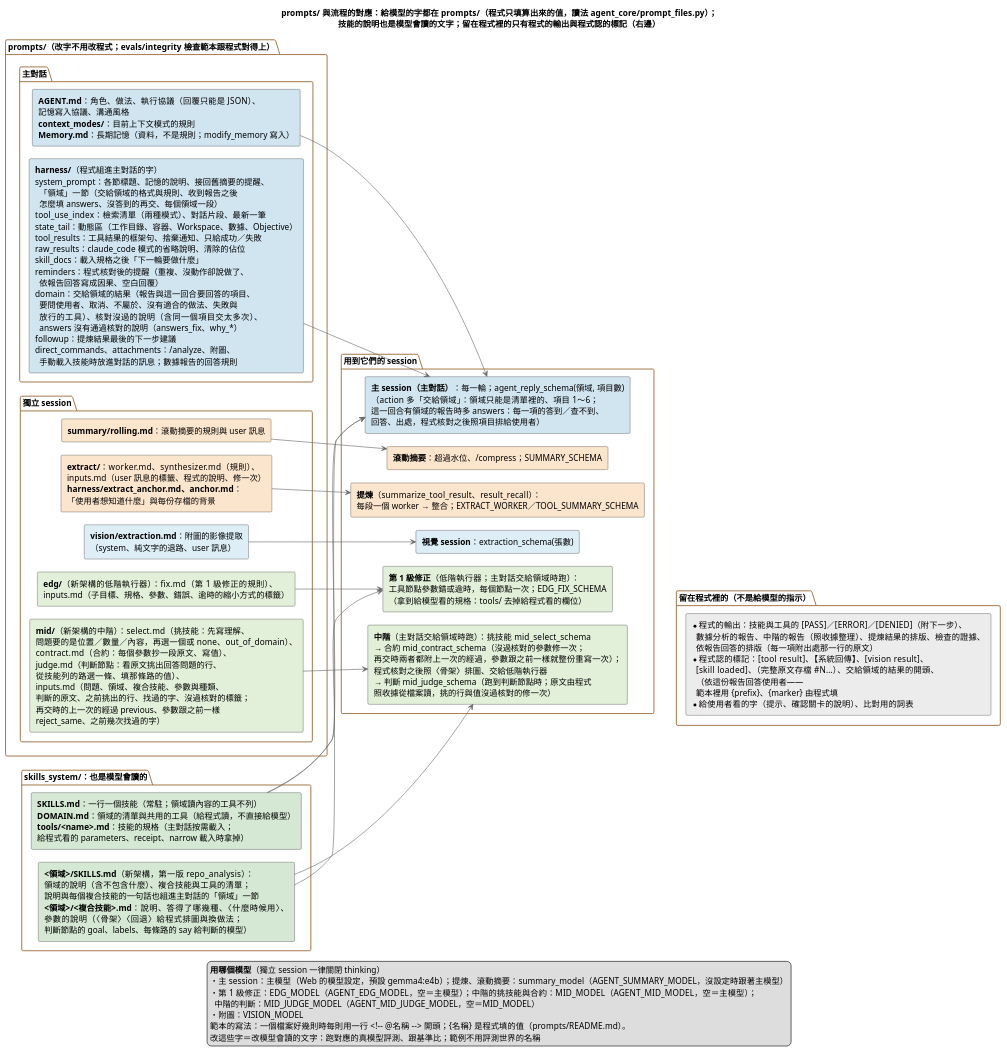
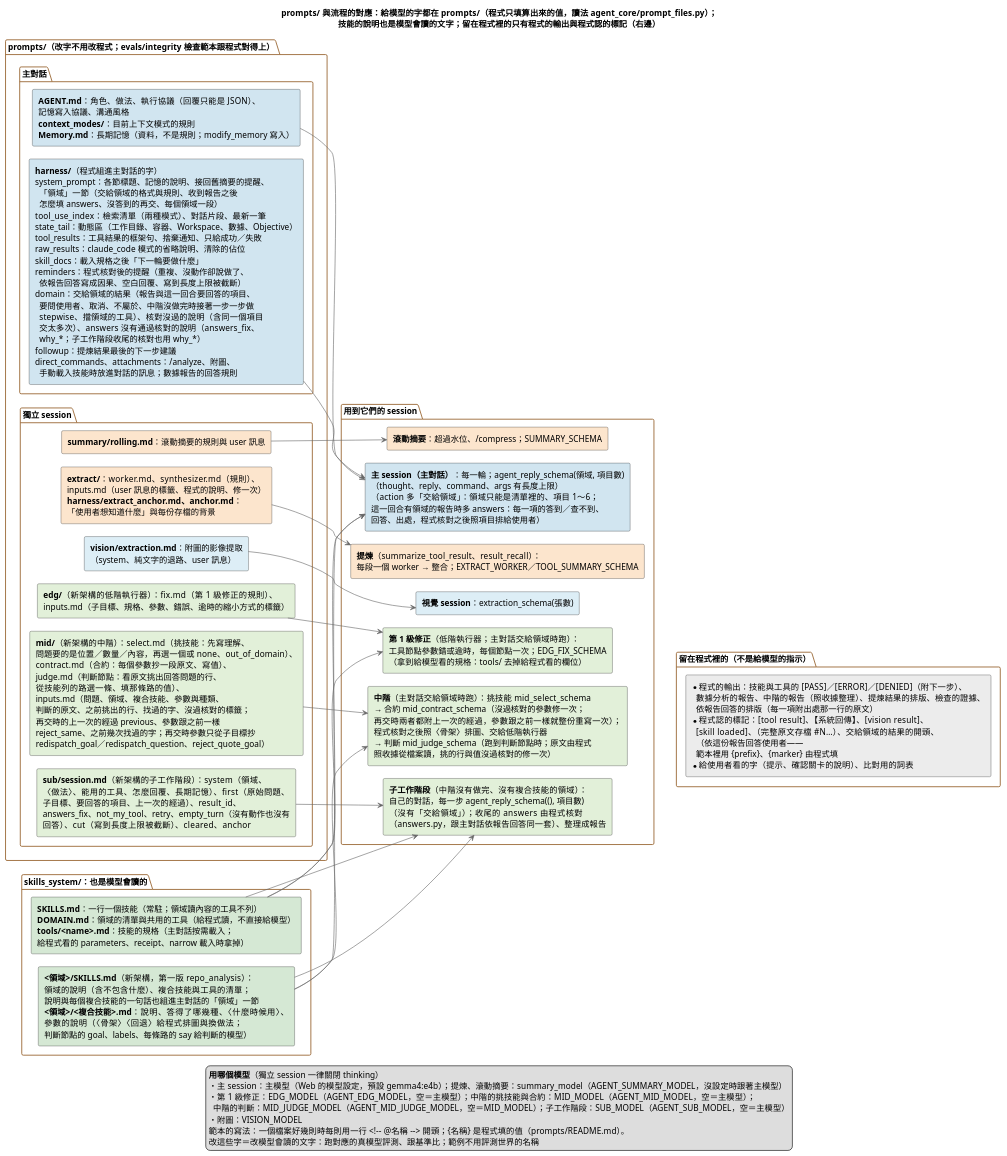
Before and after one commit to DavidZox/Coding_agnet: the diagram in doc/diagrams/prompts與流程的對應.puml, drawn with PlantUML. The commit also changed 23 other files, not shown here.

```diff
--- a/doc/diagrams/prompts與流程的對應.puml
+++ b/doc/diagrams/prompts與流程的對應.puml
@@ -1,159 +1,178 @@
 @startuml
 ' --- 樣式精準控制 ---
 skinparam shadowing false
 skinparam defaultFontName "Microsoft JhengHei"
 skinparam RectangleWidthMax 440
 skinparam PackageBorderColor #996633
 skinparam ArrowColor #666666
 skinparam ranksep 70
 skinparam nodesep 22
 left to right direction
 
 title prompts/ 與流程的對應：給模型的字都在 prompts/（程式只填算出來的值，讀法 agent_core/prompt_files.py）；\n技能的說明也是模型會讀的文字；留在程式裡的只有程式的輸出與程式認的標記（右邊）
 
 package "prompts/（改字不用改程式；evals/integrity 檢查範本跟程式對得上）" {
   package "主對話" {
     rectangle P_AGENT #D1E5F0 [
       **AGENT.md**：角色、做法、執行協議（回覆只能是 JSON）、
       記憶寫入協議、溝通風格
       **context_modes/**：目前上下文模式的規則
       **Memory.md**：長期記憶（資料，不是規則；modify_memory 寫入）
     ]
     rectangle P_HARNESS #D1E5F0 [
       **harness/**（程式組進主對話的字）
       system_prompt：各節標題、記憶的說明、接回舊摘要的提醒、
         「領域」一節（交給領域的格式與規則、收到報告之後
         怎麼填 answers、沒答到的再交、每個領域一段）
       tool_use_index：檢索清單（兩種模式）、對話片段、最新一筆
       state_tail：動態區（工作目錄、容器、Workspace、數據、Objective）
       tool_results：工具結果的框架句、捨棄通知、只給成功／失敗
       raw_results：claude_code 模式的省略說明、清除的佔位
       skill_docs：載入規格之後「下一輪要做什麼」
       reminders：程式核對後的提醒（重複、沒動作卻說做了、
-        依報告回答寫成因果、空白回覆）
+        依報告回答寫成因果、空白回覆、寫到長度上限被截斷）
       domain：交給領域的結果（報告與這一回合要回答的項目、
-        要問使用者、取消、不屬於、沒有適合的做法、失敗與
-        放行的工具）、核對沒過的說明（含同一個項目交太多次）、
-        answers 沒有通過核對的說明（answers_fix、why_*）
+        要問使用者、取消、不屬於、中階沒做完時接著一步一步做
+        stepwise、擋領域的工具）、核對沒過的說明（含同一個項目
+        交太多次）、answers 沒有通過核對的說明（answers_fix、
+        why_*；子工作階段收尾的核對也用 why_*）
       followup：提煉結果最後的下一步建議
       direct_commands、attachments：/analyze、附圖、
         手動載入技能時放進對話的訊息；數據報告的回答規則
     ]
   }
   package "獨立 session" {
     rectangle P_SUMMARY #FCE5CD [
       **summary/rolling.md**：滾動摘要的規則與 user 訊息
     ]
     rectangle P_EXTRACT #FCE5CD [
       **extract/**：worker.md、synthesizer.md（規則）、
       inputs.md（user 訊息的標籤、程式的說明、修一次）
       **harness/extract_anchor.md、anchor.md**：
       「使用者想知道什麼」與每份存檔的背景
     ]
     rectangle P_VISION #DDEEF6 [
       **vision/extraction.md**：附圖的影像提取
       （system、純文字的退路、user 訊息）
     ]
     rectangle P_EDG #E2F0D9 [
       **edg/**（新架構的低階執行器）：fix.md（第 1 級修正的規則）、
       inputs.md（子目標、規格、參數、錯誤、逾時的縮小方式的標籤）
     ]
     rectangle P_MID #E2F0D9 [
       **mid/**（新架構的中階）：select.md（挑技能：先寫理解、
       問題要的是位置／數量／內容，再選一個或 none、out_of_domain）、
       contract.md（合約：每個參數抄一段原文、寫值）、
       judge.md（判斷節點：看原文挑出回答問題的行、
       從技能列的路選一條、填那條路的值）、
       inputs.md（問題、領域、複合技能、參數與種類、
       判斷的原文、之前挑出的行、找過的字、沒過核對的標籤；
       再交時的上一次的經過 previous、參數跟之前一樣
-      reject_same、之前幾次找過的字）
+      reject_same、之前幾次找過的字；再交時參數只從子目標抄
+      redispatch_goal／redispatch_question、reject_quote_goal）
+    ]
+    rectangle P_SUB #E2F0D9 [
+      **sub/session.md**（新架構的子工作階段）：system（領域、
+      〈做法〉、能用的工具、怎麼回覆、長期記憶）、first（原始問題、
+      子目標、要回答的項目、上一次的經過）、result_id、
+      answers_fix、not_my_tool、retry、empty_turn（沒有動作也沒有
+      回答）、cut（寫到長度上限被截斷）、cleared、anchor
     ]
   }
 }
 
 package "skills_system/：也是模型會讀的" {
   rectangle K_ALL #D5E8D4 [
     **SKILLS.md**：一行一個技能（常駐；領域讀內容的工具不列）
     **DOMAIN.md**：領域的清單與共用的工具（給程式讀，不直接給模型）
     **tools/<name>.md**：技能的規格（主對話按需載入；
     給程式看的 parameters、receipt、narrow 載入時拿掉）
   ]
   rectangle K_DOMAIN #D5E8D4 [
     **<領域>/SKILLS.md**（新架構，第一版 repo_analysis）：
     領域的說明（含不包含什麼）、複合技能與工具的清單；
     說明與每個複合技能的一句話也組進主對話的「領域」一節
     **<領域>/<複合技能>.md**：說明、答得了哪幾種、〈什麼時候用〉、
     參數的說明（〈骨架〉〈回退〉給程式排圖與換做法；
     判斷節點的 goal、labels、每條路的 say 給判斷的模型）
   ]
 }
 
 package "用到它們的 session" {
   rectangle S_MAIN #D1E5F0 [
     **主 session（主對話）**：每一輪；agent_reply_schema(領域, 項目數)
+    （thought、reply、command、args 有長度上限）
     （action 多「交給領域」：領域只能是清單裡的、項目 1～6；
     這一回合有領域的報告時多 answers：每一項的答到／查不到、
     回答、出處，程式核對之後照項目排給使用者）
+  ]
+  rectangle S_SUB #E2F0D9 [
+    **子工作階段**（中階沒有做完、沒有複合技能的領域）：
+    自己的對話，每一步 agent_reply_schema((), 項目數)
+    （沒有「交給領域」）；收尾的 answers 由程式核對
+    （answers.py，跟主對話依報告回答同一套）、整理成報告
   ]
   rectangle S_SUMMARY #FCE5CD [
     **滾動摘要**：超過水位、/compress；SUMMARY_SCHEMA
   ]
   rectangle S_EXTRACT #FCE5CD [
     **提煉**（summarize_tool_result、result_recall）：
     每段一個 worker → 整合；EXTRACT_WORKER／TOOL_SUMMARY_SCHEMA
   ]
   rectangle S_VISION #DDEEF6 [
     **視覺 session**：extraction_schema(張數)
   ]
   rectangle S_EDG #E2F0D9 [
     **第 1 級修正**（低階執行器；主對話交給領域時跑）：
     工具節點參數錯或逾時，每個節點一次；EDG_FIX_SCHEMA
     （拿到給模型看的規格：tools/ 去掉給程式看的欄位）
   ]
   rectangle S_MID #E2F0D9 [
     **中階**（主對話交給領域時跑）：挑技能 mid_select_schema
     → 合約 mid_contract_schema（沒過核對的參數修一次；
     再交時兩者都附上一次的經過，參數跟之前一樣就整份重寫一次）；
     程式核對之後照〈骨架〉排圖、交給低階執行器
     → 判斷 mid_judge_schema（跑到判斷節點時；原文由程式
     照收據從檔案讀，挑的行與值沒過核對的修一次）
   ]
 }
 
 package "留在程式裡的（不是給模型的指示）" {
   rectangle C_LIST #ECECEC [
     * 程式的輸出：技能與工具的 [PASS]／[ERROR]／[DENIED]（附下一步）、
       數據分析的報告、中階的報告（照收據整理）、提煉結果的排版、檢查的證據、
       依報告回答的排版（每一項附出處那一行的原文）
     * 程式認的標記：[tool result]、【系統回傳】、[vision result]、
       [skill loaded]、（完整原文存檔 #N…）、交給領域的結果的開頭、
       （依這份報告回答使用者——
       範本裡用 {prefix}、{marker} 由程式填
     * 給使用者看的字（提示、確認關卡的說明）、比對用的詞表
   ]
 }
 
 P_AGENT --> S_MAIN
 P_HARNESS --> S_MAIN
 K_ALL --> S_MAIN
 P_SUMMARY --> S_SUMMARY
 P_EXTRACT --> S_EXTRACT
 P_VISION --> S_VISION
 P_EDG --> S_EDG
 K_ALL --> S_EDG
 P_MID --> S_MID
+P_SUB --> S_SUB
+K_DOMAIN --> S_SUB
+K_ALL --> S_SUB
 K_DOMAIN --> S_MID
 K_DOMAIN --> S_MAIN
 S_MID -[hidden]-> C_LIST
 
 legend bottom
   **用哪個模型**（獨立 session 一律關閉 thinking）
   ・主 session：主模型（Web 的模型設定，預設 gemma4:e4b）；提煉、滾動摘要：summary_model（AGENT_SUMMARY_MODEL，沒設定時跟著主模型）
   ・第 1 級修正：EDG_MODEL（AGENT_EDG_MODEL，空＝主模型）；中階的挑技能與合約：MID_MODEL（AGENT_MID_MODEL，空＝主模型）；
-    中階的判斷：MID_JUDGE_MODEL（AGENT_MID_JUDGE_MODEL，空＝MID_MODEL）
+    中階的判斷：MID_JUDGE_MODEL（AGENT_MID_JUDGE_MODEL，空＝MID_MODEL）；子工作階段：SUB_MODEL（AGENT_SUB_MODEL，空＝主模型）
   ・附圖：VISION_MODEL
   範本的寫法：一個檔案好幾則時每則用一行 <!~-- @名稱 ~--> 開頭；{名稱} 是程式填的值（prompts/README.md）。
   改這些字＝改模型會讀的文字：跑對應的真模型評測、跟基準比；範例不用評測世界的名稱
 endlegend
 @enduml
```
